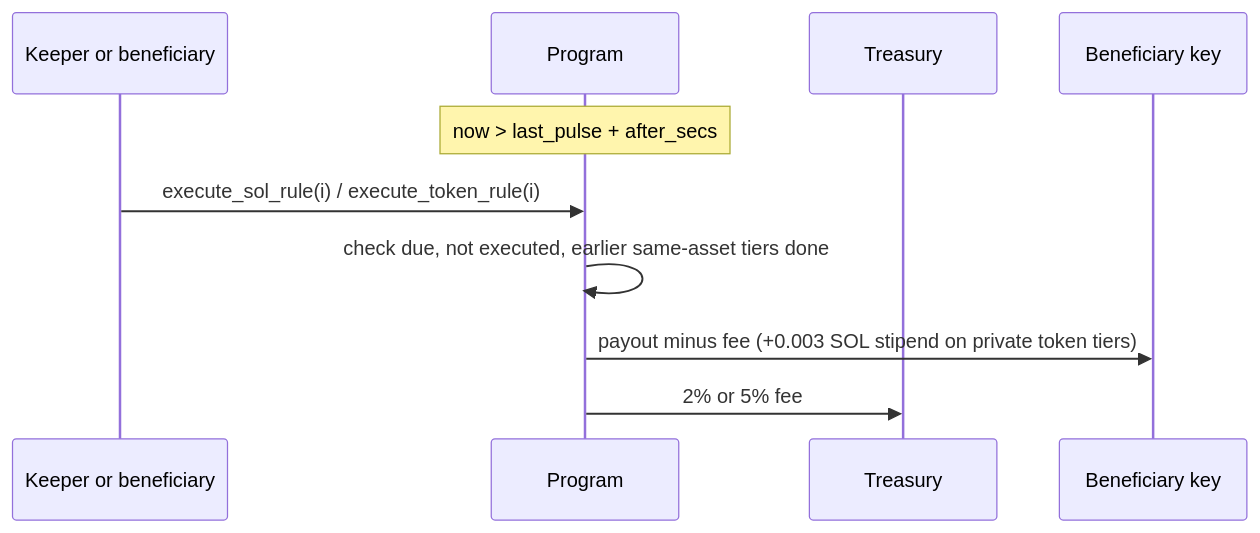
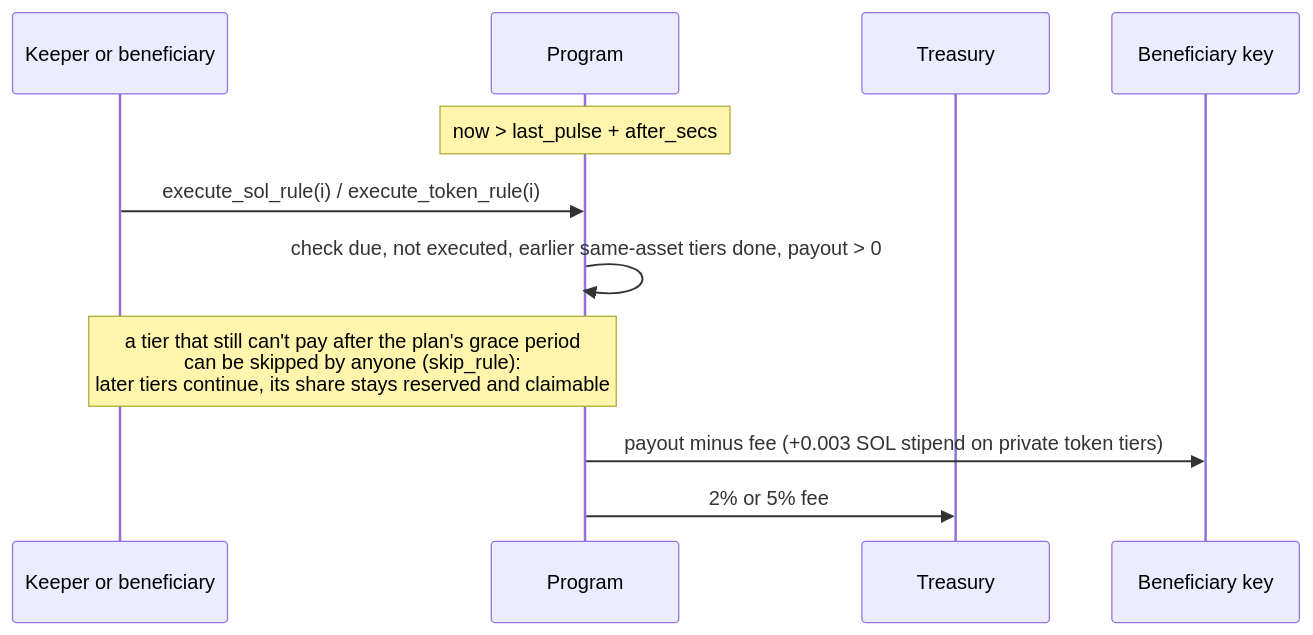
The third of 3 diagrams in docs/HOW_IT_WORKS.md (GabrielNeugebauer/deadman), drawn with Mermaid before and after one commit. The commit also changed other lines of this file and 47 other files, not shown here.

````diff
--- a/docs/HOW_IT_WORKS.md
+++ b/docs/HOW_IT_WORKS.md
@@ -176,12 +180,13 @@
 ```mermaid
 sequenceDiagram
   participant K as Keeper or beneficiary
   participant P as Program
   participant T as Treasury
   participant B as Beneficiary key
   Note over P: now > last_pulse + after_secs
   K->>P: execute_sol_rule(i) / execute_token_rule(i)
-  P->>P: check due, not executed, earlier same-asset tiers done
+  P->>P: check due, not executed, earlier same-asset tiers done, payout > 0
+  Note over K,P: a tier that still can't pay after the plan's grace period<br/>can be skipped by anyone (skip_rule):<br/>later tiers continue, its share stays reserved and claimable
   P->>B: payout minus fee (+0.003 SOL stipend on private token tiers)
   P->>T: 2% or 5% fee
 ```
````
